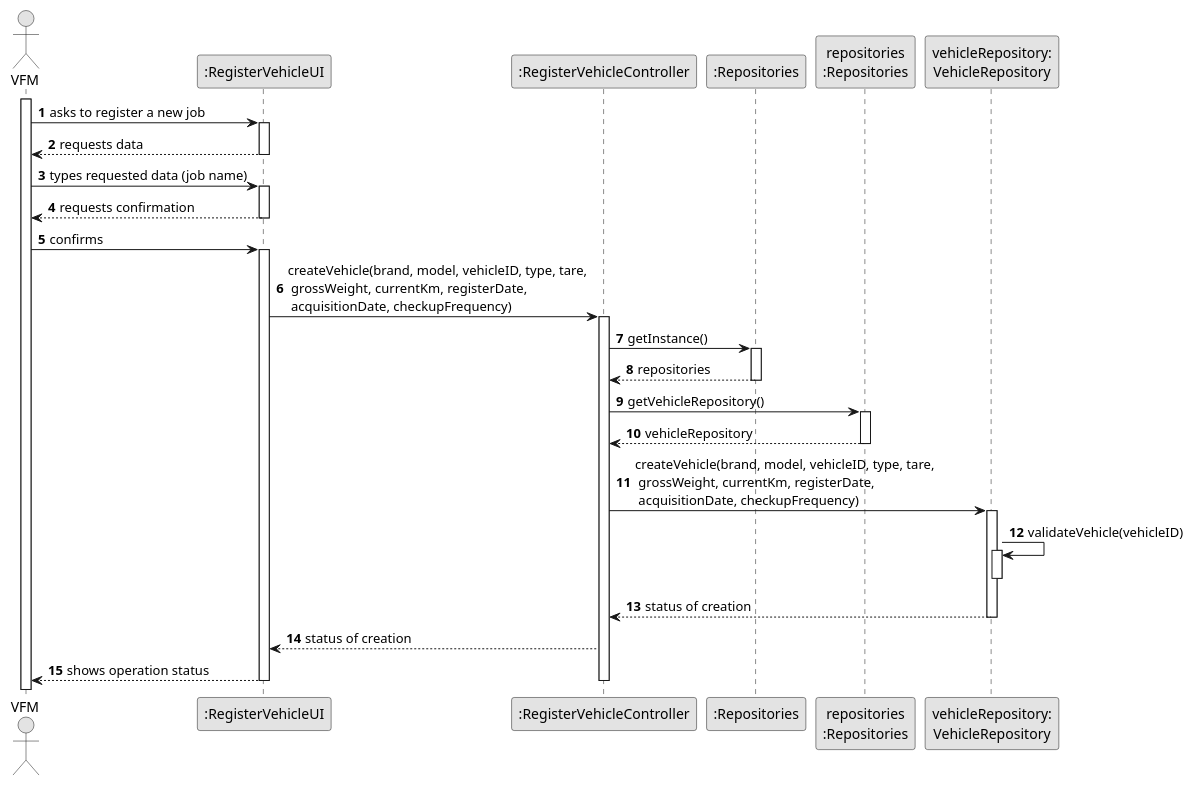
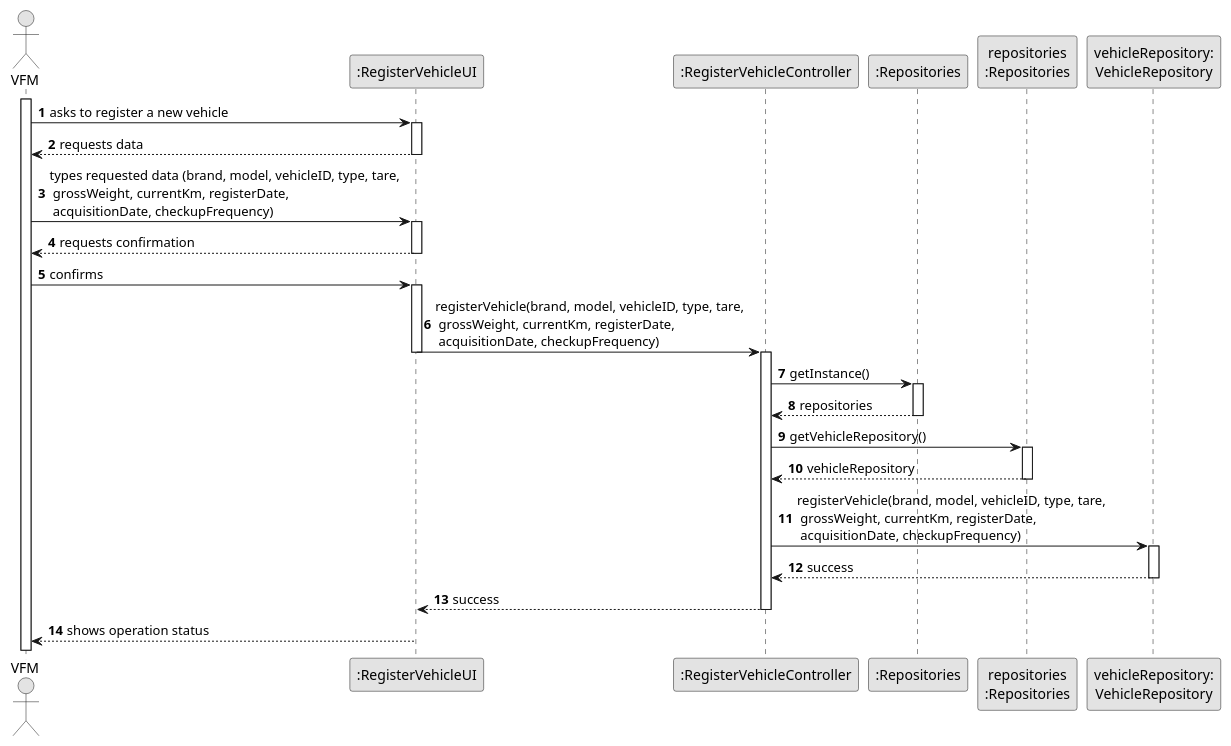
Before and after one commit to Departamento-de-Engenharia-Informatica/lei-24-s2-1do-g164: the diagram in docs/sprintB/us006/03.design/puml/us006-sequence-diagram-full.puml, drawn with PlantUML. The commit also changed 8 other files, not shown here.

Commit message:
US06/03(docs): SD Diagram corrections (implementation): CollaboratorRepository and Controller *doubts about DocumentType*

```diff
--- a/docs/sprintB/us006/03.design/puml/us006-sequence-diagram-full.puml
+++ b/docs/sprintB/us006/03.design/puml/us006-sequence-diagram-full.puml
@@ -1,71 +1,74 @@
 @startuml
 skinparam monochrome true
 skinparam packageStyle rectangle
 skinparam shadowing false
 
 autonumber
 
 'hide footbox
 actor " VFM" as ADM
 participant ":RegisterVehicleUI" as UI
 participant ":RegisterVehicleController" as CTRL
 participant ":Repositories" as RepositorySingleton
 participant "repositories\n:Repositories" as PLAT
 participant "vehicleRepository:\nVehicleRepository" as VehicleRepository
 
 activate ADM
 
-        ADM -> UI : asks to register a new job
+        ADM -> UI : asks to register a new vehicle
 
         activate UI
 
 '            UI --> ADM : requests data (reference, description,  informal \n description, technical description, duration, cost)
             'create CTRL
 
 
             UI --> ADM : requests data
         deactivate UI
 
-    ADM -> UI : types requested data (job name)
+    ADM -> UI : types requested data (brand, model, vehicleID, type, tare,\n grossWeight, currentKm, registerDate,\n acquisitionDate, checkupFrequency)
     activate UI
 
         UI --> ADM : requests confirmation
     deactivate UI
 
     ADM -> UI : confirms
     activate UI
 
-        UI -> CTRL : createVehicle(brand, model, vehicleID, type, tare,\n grossWeight, currentKm, registerDate,\n acquisitionDate, checkupFrequency)
+        UI -> CTRL : registerVehicle(brand, model, vehicleID, type, tare,\n grossWeight, currentKm, registerDate,\n acquisitionDate, checkupFrequency)
+        deactivate UI
         activate CTRL
+
 
 
                 CTRL -> RepositorySingleton : getInstance()
                 activate RepositorySingleton
 
                     RepositorySingleton --> CTRL: repositories
                 deactivate RepositorySingleton
 
                 CTRL -> PLAT : getVehicleRepository()
                 activate PLAT
 
                     PLAT --> CTRL : vehicleRepository
                 deactivate PLAT
 
-                CTRL -> VehicleRepository : createVehicle(brand, model, vehicleID, type, tare,\n grossWeight, currentKm, registerDate,\n acquisitionDate, checkupFrequency)
+                CTRL -> VehicleRepository : registerVehicle(brand, model, vehicleID, type, tare,\n grossWeight, currentKm, registerDate,\n acquisitionDate, checkupFrequency)
                 activate VehicleRepository
 
-                VehicleRepository -> VehicleRepository : validateVehicle(vehicleID)
-                activate VehicleRepository
+
+
+
+                    VehicleRepository --> CTRL : success
+
                 deactivate VehicleRepository
 
-
-                    VehicleRepository --> CTRL : status of creation
-                deactivate VehicleRepository
-                    CTRL --> UI : status of creation
+                    CTRL --> UI : success
+                    deactivate CTRL
                     UI --> ADM : shows operation status
                     deactivate UI
             deactivate CTRL
 
 
 
 @enduml
```
